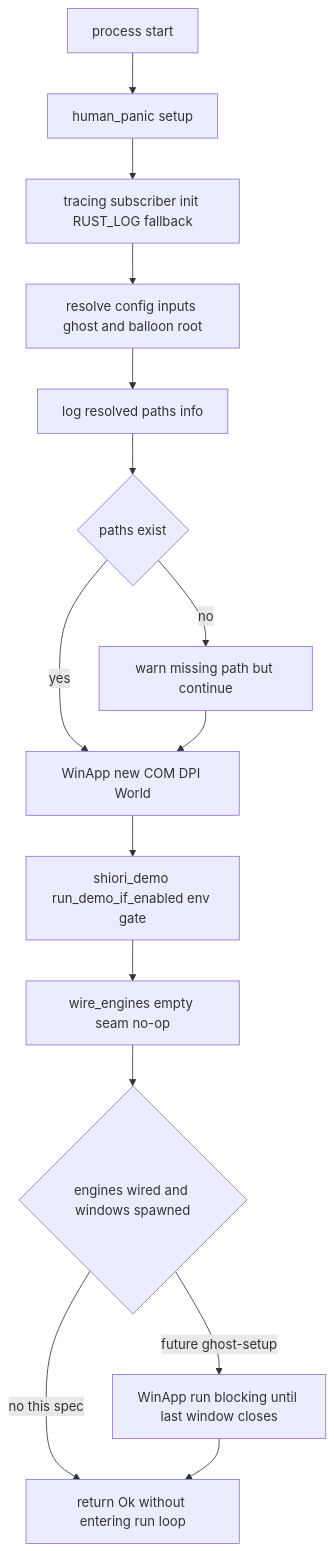
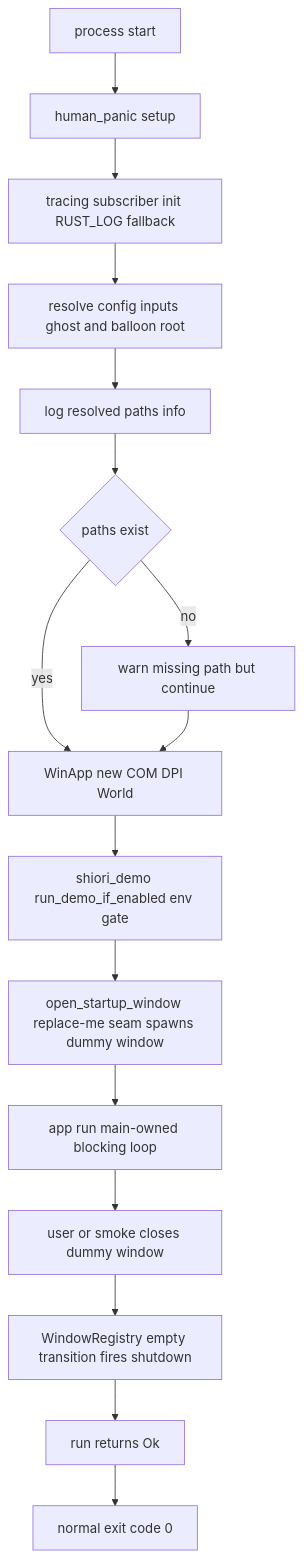
One commit to ekicyou/areka changed the second of 2 diagrams in .kiro/specs/areka-P0-app-shell/design.md. Above: the diagram before and after it, drawn with Mermaid. The commit also changed other lines of this file and 2 other files, not shown here.

Commit message:
docs(areka-P0-app-shell): resolve design discussion #2 - 検証用ダミー窓＋main所有run()＋replace-meシーム（R2.5/R4改訂）

````diff
--- a/.kiro/specs/areka-P0-app-shell/design.md
+++ b/.kiro/specs/areka-P0-app-shell/design.md
@@ -179,17 +186,18 @@
 ```mermaid
 flowchart TB
     Start[process start] --> Panic[human_panic setup]
     Panic --> Subscriber[tracing subscriber init RUST_LOG fallback]
     Subscriber --> Resolve[resolve config inputs ghost and balloon root]
     Resolve --> LogCfg[log resolved paths info]
     LogCfg --> ExistCheck{paths exist}
     ExistCheck -->|no| WarnMissing[warn missing path but continue]
     ExistCheck -->|yes| NewApp
     WarnMissing --> NewApp[WinApp new COM DPI World]
     NewApp --> Demo[shiori_demo run_demo_if_enabled env gate]
-    Demo --> Wire[wire_engines empty seam no-op]
-    Wire --> Decide{engines wired and windows spawned}
-    Decide -->|no this spec| NormalExit[return Ok without entering run loop]
-    Decide -->|future ghost-setup| RunLoop[WinApp run blocking until last window closes]
-    RunLoop --> NormalExit
+    Demo --> Seam[open_startup_window replace-me seam spawns dummy window]
+    Seam --> RunLoop[app run main-owned blocking loop]
+    RunLoop --> Close[user or smoke closes dummy window]
+    Close --> EmptyTransition[WindowRegistry empty transition fires shutdown]
+    EmptyTransition --> Returns[run returns Ok]
+    Returns --> NormalExit[normal exit code 0]
 ```
````
